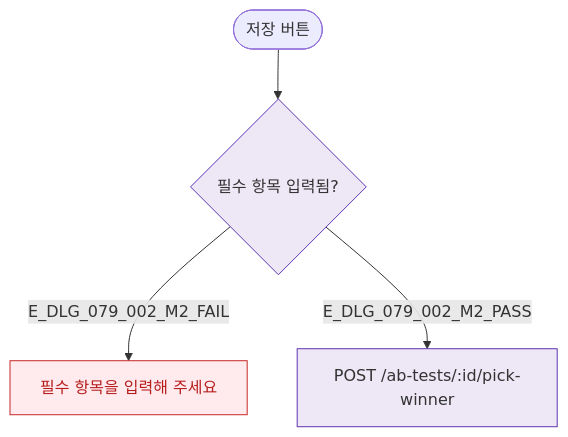
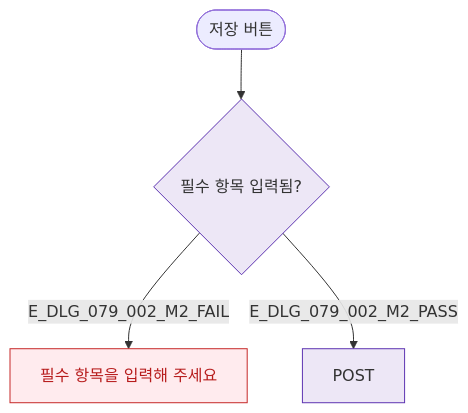
Before and after one commit to dev-spogym/admin-pando: the diagram in docs/다이어그램/D08_마케팅/DLG/DLG-079-002/M2_필드검증.md, drawn with Mermaid. The commit also changed other lines of this file and 1660 other files, not shown here.

First line of the commit message:
다이어그램: 기획자/클라이언트 납품본으로 정리

````diff
--- a/docs/다이어그램/D08_마케팅/DLG/DLG-079-002/M2_필드검증.md
+++ b/docs/다이어그램/D08_마케팅/DLG/DLG-079-002/M2_필드검증.md
@@ -14,12 +12,12 @@
 ```mermaid
 flowchart TD
   SUBMIT([저장 버튼]) --> V_REQ{필수 항목 입력됨?}
-  V_REQ -->|E_DLG_079_002_M2_FAIL| ERR[필수 항목을 입력해 주세요]
-  V_REQ -->|E_DLG_079_002_M2_PASS| API[POST /ab-tests/:id/pick-winner]
+  V_REQ -->|E_DLG_079_002_M2_FAIL|ERR[필수 항목을 입력해 주세요]
+  V_REQ -->|E_DLG_079_002_M2_PASS|API[POST]
 
-  classDef error  fill:#FFEBEE,stroke:#C62828,color:#B71C1C
+  classDef error fill:#FFEBEE,stroke:#C62828,color:#B71C1C
   classDef system fill:#EDE7F6,stroke:#5E35B2
 
   class ERR error
   class V_REQ,API system
 ```
````
